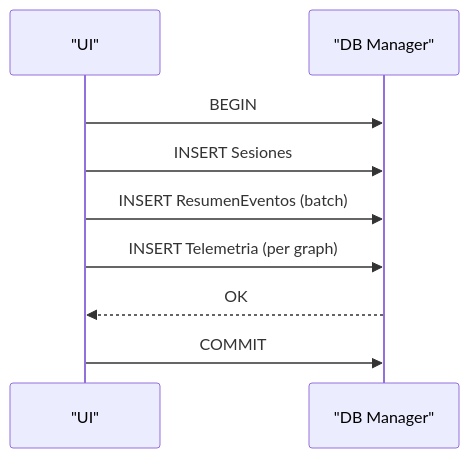
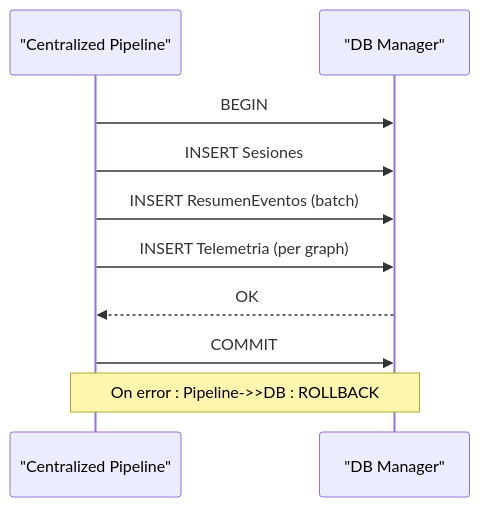
One commit to AgusCatra/Proyecto-titan.v2 changed the fifth of 7 diagrams in .qoder/repowiki/en/content/Desktop Application/Core Workflows and Operations/PDF Processing Workflow.md. Above: the diagram before and after it, drawn with Mermaid. The commit also changed other lines of this file and 36 other files, not shown here.

````diff
--- a/.qoder/repowiki/en/content/Desktop Application/Core Workflows and Operations/PDF Processing Workflow.md
+++ b/.qoder/repowiki/en/content/Desktop Application/Core Workflows and Operations/PDF Processing Workflow.md
@@ -241,11 +284,12 @@
 ```mermaid
 sequenceDiagram
-participant UI as "UI"
+participant Pipeline as "Centralized Pipeline"
 participant DB as "DB Manager"
-UI->>DB : BEGIN
-UI->>DB : INSERT Sesiones
-UI->>DB : INSERT ResumenEventos (batch)
-UI->>DB : INSERT Telemetria (per graph)
-DB-->>UI : OK
-UI->>DB : COMMIT
+Pipeline->>DB : BEGIN
+Pipeline->>DB : INSERT Sesiones
+Pipeline->>DB : INSERT ResumenEventos (batch)
+Pipeline->>DB : INSERT Telemetria (per graph)
+DB-->>Pipeline : OK
+Pipeline->>DB : COMMIT
+Note over Pipeline,DB : On error : Pipeline->>DB : ROLLBACK
 ```
````
